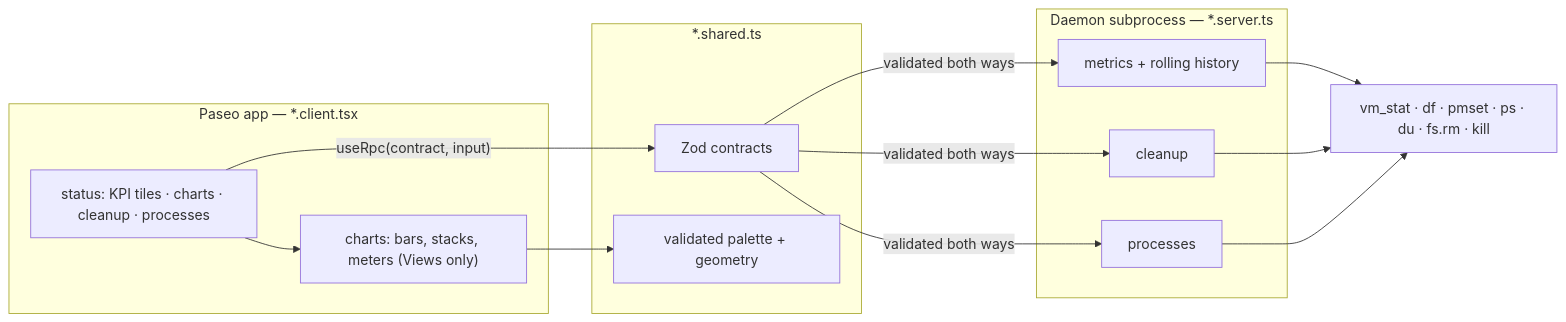
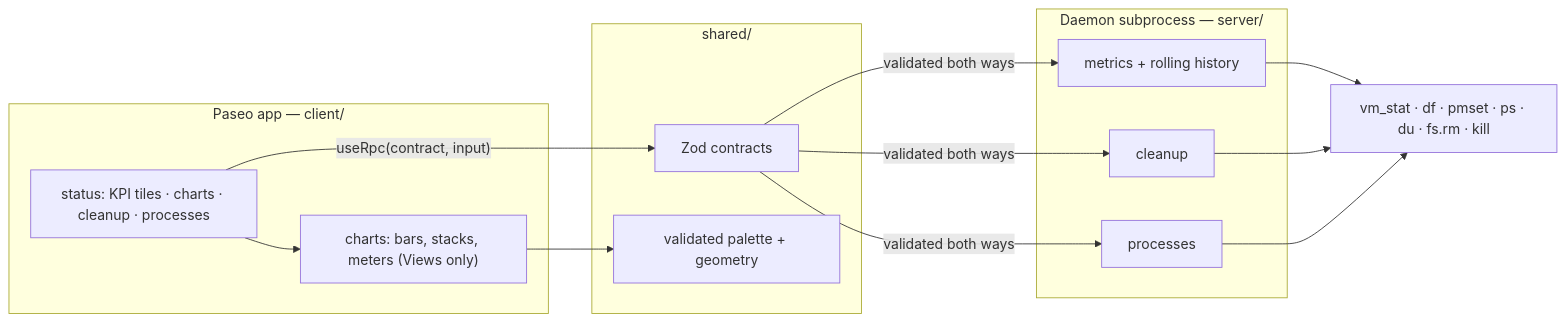
Before and after one commit to dutchakdev/paseo-plugin-machine-status: the diagram in README.md, drawn with Mermaid. The commit also changed other lines of this file and 46 other files, not shown here.

````diff
--- a/README.md
+++ b/README.md
@@ -30,22 +58,22 @@
 ```mermaid
 flowchart LR
-  subgraph client["Paseo app — *.client.tsx"]
+  subgraph client["Paseo app — client/"]
     S["status: KPI tiles · charts · cleanup · processes"]
     V["charts: bars, stacks, meters (Views only)"]
   end
-  subgraph shared["*.shared.ts"]
+  subgraph shared["shared/"]
     Z["Zod contracts"]
     P["validated palette + geometry"]
   end
-  subgraph server["Daemon subprocess — *.server.ts"]
+  subgraph server["Daemon subprocess — server/"]
     M["metrics + rolling history"]
     C["cleanup"]
     R["processes"]
   end
   OS["vm_stat · df · pmset · ps · du · fs.rm · kill"]
 
   S --> V --> P
   S -- "useRpc(contract, input)" --> Z
   Z -- "validated both ways" --> M & C & R
   M & C & R --> OS
 ```
````
